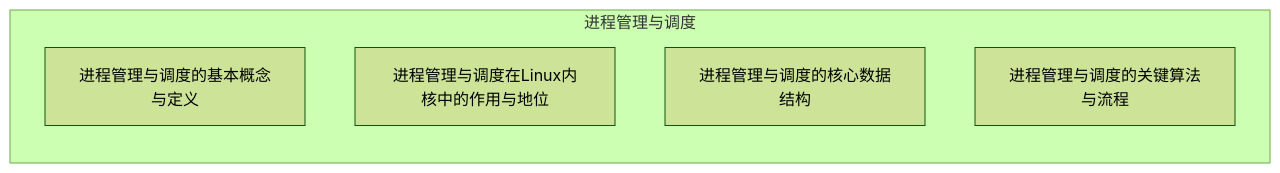
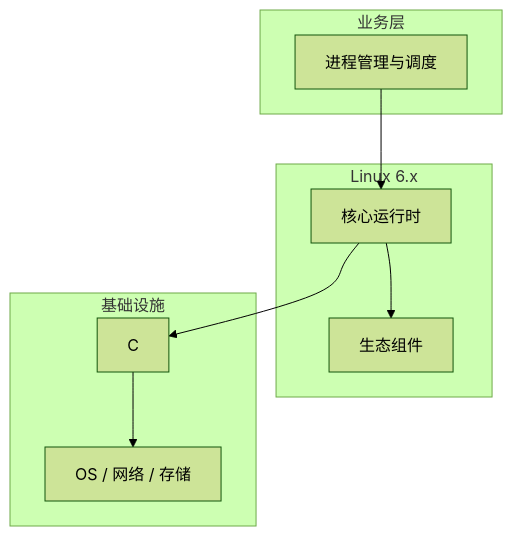
One commit to yanggan2015/knowledge-json-v2 changed the diagram in articles/Linux内核/chapters/035-进程管理与调度的对比与选型.md. Above: the diagram before and after it, drawn with Mermaid (forest theme). The commit also changed other lines of this file and 10127 other files, not shown here.

````diff
--- a/articles/Linux内核/chapters/035-进程管理与调度的对比与选型.md
+++ b/articles/Linux内核/chapters/035-进程管理与调度的对比与选型.md
@@ -45,9 +34,18 @@
 ```mermaid
-graph LR
-    subgraph 进程管理与调度
-        C0[进程管理与调度的基本概念与定义]
-        C1[进程管理与调度在Linux内核中的作用与地位]
-        C2[进程管理与调度的核心数据结构]
-        C3[进程管理与调度的关键算法与流程]
+graph TB
+    subgraph 业务层
+        A[进程管理与调度]
     end
+    subgraph Linux 6.x
+        B[核心运行时]
+        C[生态组件]
+    end
+    subgraph 基础设施
+        D[C]
+        E[OS / 网络 / 存储]
+    end
+    A --> B
+    B --> C
+    B --> D
+    D --> E
 ```
````
